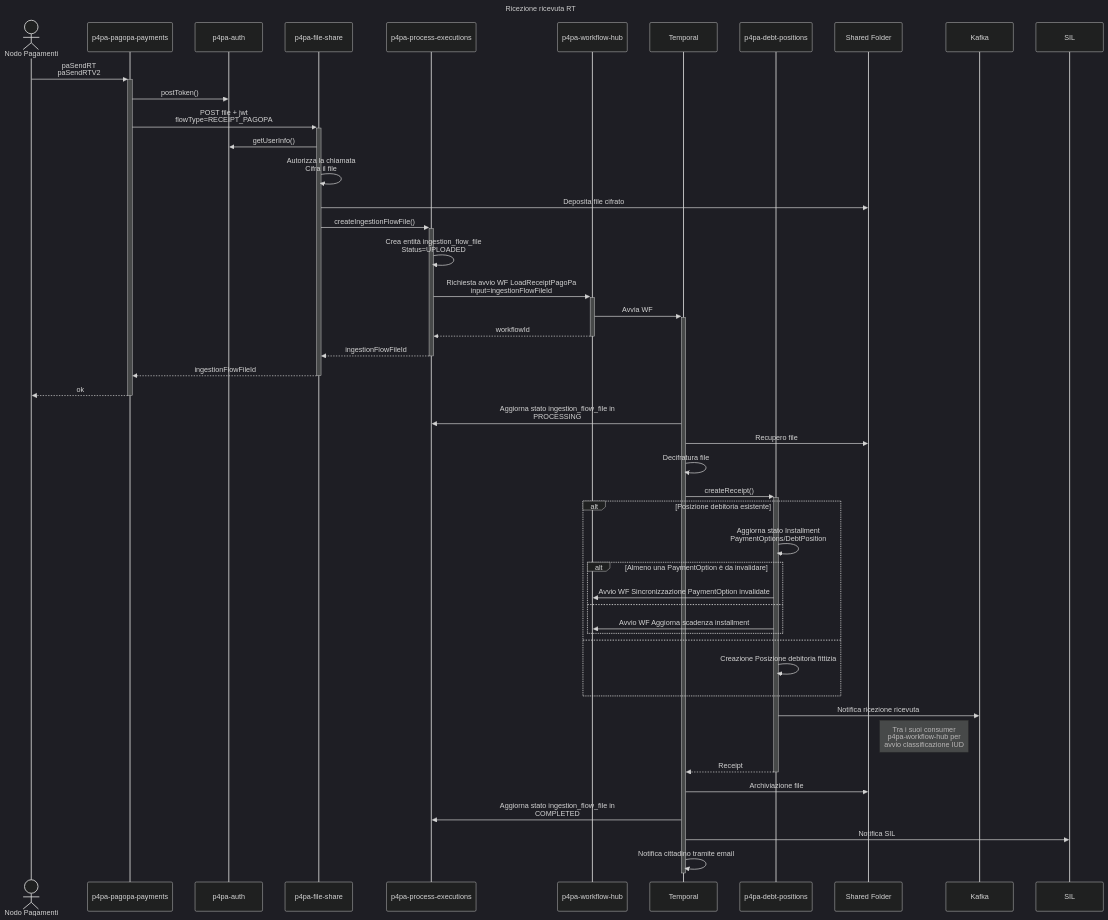
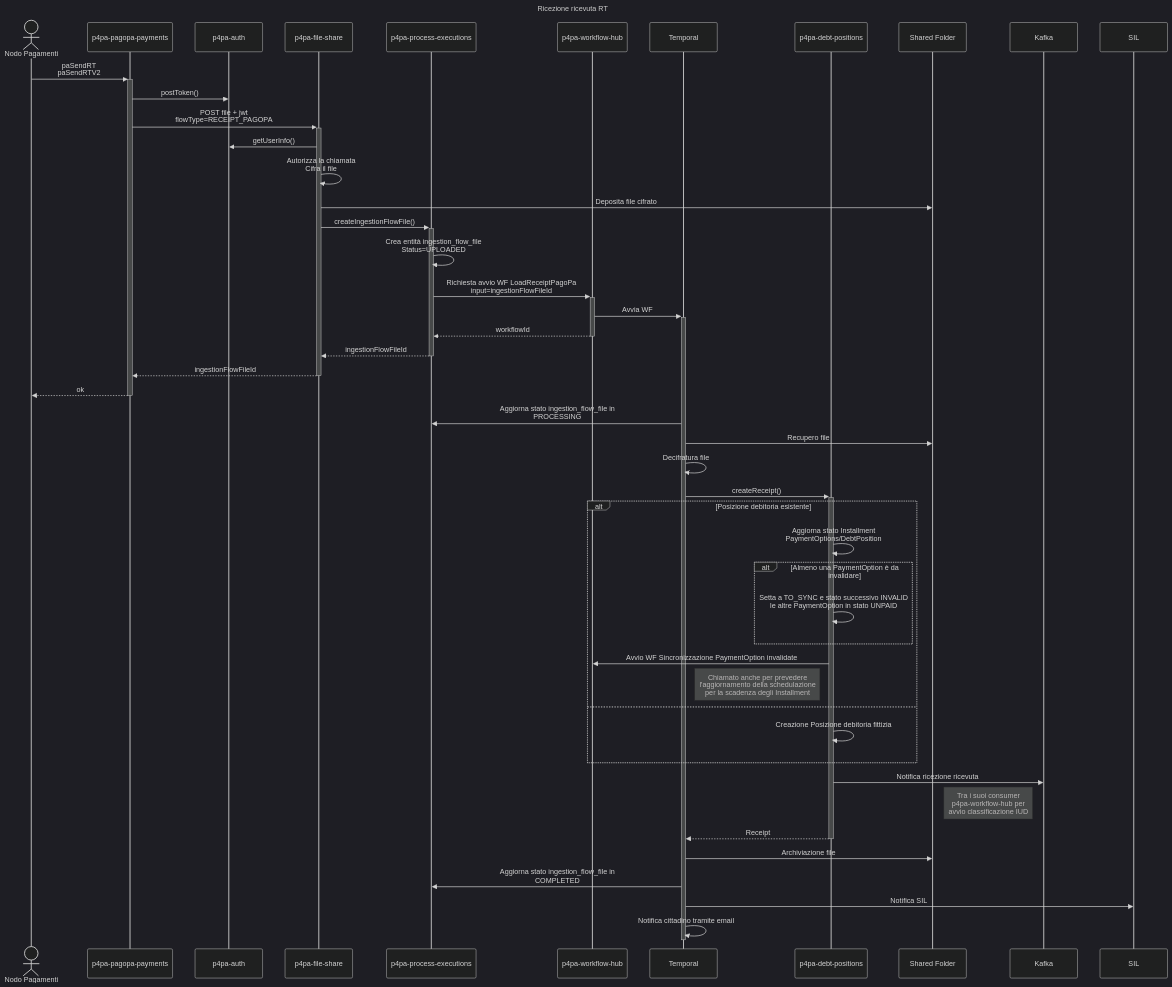
Before and after one commit to pagopa/p4pa-doc: the diagram in design/workflow/ricevuteRT/seq_paSendRT.mmd, drawn with Mermaid (dark theme). The commit also changed 1 other file, not shown here.

```diff
--- a/design/workflow/ricevuteRT/seq_paSendRT.mmd
+++ b/design/workflow/ricevuteRT/seq_paSendRT.mmd
@@ -1,54 +1,54 @@
 ---
 title: Ricezione ricevuta RT
 ---
 sequenceDiagram
     actor PAGOPA as Nodo Pagamenti
     participant MS_PAGOPA_PAY as p4pa-pagopa-payments
     participant MS_AUTH as p4pa-auth
     participant MS_FILESHARE as p4pa-file-share
     participant MS_PROCESS_EXECUTIONS as p4pa-process-executions
     participant MS_WF as p4pa-workflow-hub
     participant WF as Temporal
     participant MS_DP as p4pa-debt-positions
     participant SHARED as Shared Folder
     participant KAFKA as Kafka
     participant SIL
 
     PAGOPA ->>+ MS_PAGOPA_PAY: paSendRT<BR />paSendRTV2
         MS_PAGOPA_PAY ->> MS_AUTH: postToken()
         MS_PAGOPA_PAY ->>+ MS_FILESHARE: POST file + jwt<BR />flowType=RECEIPT_PAGOPA
             MS_FILESHARE ->> MS_AUTH: getUserInfo()
             MS_FILESHARE ->> MS_FILESHARE: Autorizza la chiamata<BR />Cifra il file
             MS_FILESHARE ->> SHARED: Deposita file cifrato
             MS_FILESHARE ->>+ MS_PROCESS_EXECUTIONS: createIngestionFlowFile()
                 MS_PROCESS_EXECUTIONS ->> MS_PROCESS_EXECUTIONS: Crea entità ingestion_flow_file<BR />Status=UPLOADED
                 MS_PROCESS_EXECUTIONS ->>+ MS_WF: Richiesta avvio WF LoadReceiptPagoPa<BR />input=ingestionFlowFileId
                     MS_WF ->>+ WF: Avvia WF
                     MS_WF -->>- MS_PROCESS_EXECUTIONS: workflowId
                 MS_PROCESS_EXECUTIONS -->>- MS_FILESHARE: ingestionFlowFileId
             MS_FILESHARE -->>- MS_PAGOPA_PAY: ingestionFlowFileId
         MS_PAGOPA_PAY -->>- PAGOPA: ok
 
     WF ->> MS_PROCESS_EXECUTIONS: Aggiorna stato ingestion_flow_file in<BR />PROCESSING
     WF ->> SHARED: Recupero file
     WF ->> WF: Decifratura file
     WF ->>+ MS_DP: createReceipt()
         alt Posizione debitoria esistente
             MS_DP ->> MS_DP: Aggiorna stato Installment<BR />PaymentOptions/DebtPosition
             alt Almeno una PaymentOption è da invalidare
-                MS_DP ->> MS_WF: Avvio WF Sincronizzazione PaymentOption invalidate
-            else
-                MS_DP ->> MS_WF: Avvio WF Aggiorna scadenza installment
+                MS_DP ->> MS_DP: Setta a TO_SYNC e stato successivo INVALID<BR />le altre PaymentOption in stato UNPAID
             end
+            MS_DP ->> MS_WF: Avvio WF Sincronizzazione PaymentOption invalidate
+            note left of MS_DP: Chiamato anche per prevedere<BR />l'aggiornamento della schedulazione<BR />per la scadenza degli Installment
         else
             MS_DP ->> MS_DP: Creazione Posizione debitoria fittizia
         end
         MS_DP ->> KAFKA: Notifica ricezione ricevuta
         note left of KAFKA: Tra i suoi consumer<BR />p4pa-workflow-hub per<BR/>avvio classificazione IUD
         MS_DP -->>- WF: Receipt
     WF ->> SHARED: Archiviazione file
     WF ->> MS_PROCESS_EXECUTIONS: Aggiorna stato ingestion_flow_file in<BR />COMPLETED
     WF ->> SIL: Notifica SIL
     WF ->> WF: Notifica cittadino tramite email
 
     deactivate WF
```
